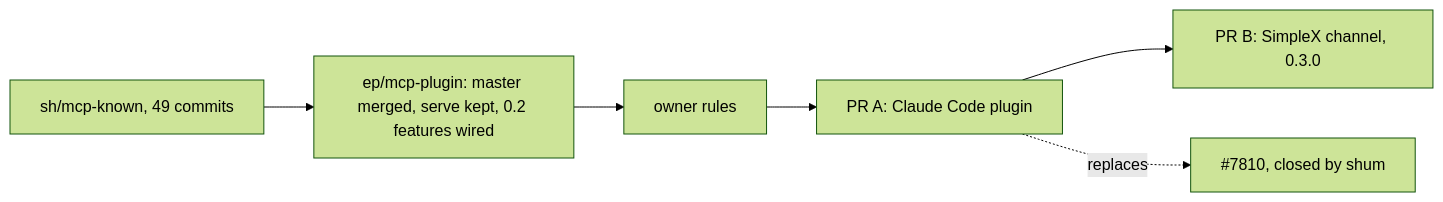
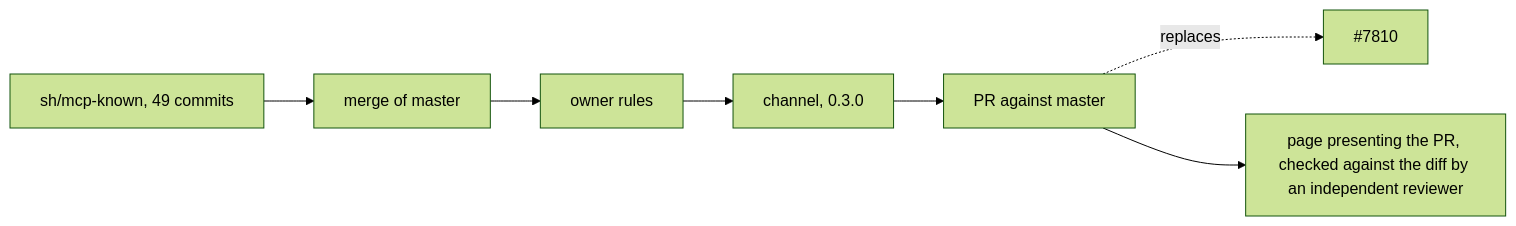
Before and after one commit to simplex-chat/simplex-chat: the fourth of 4 diagrams in plans/2026-11-07-mcp-claude-code-channel.md, drawn with Mermaid (forest theme). The commit also changed other lines of this file, not shown here.

Commit message:
docs: MCP plan, one pull request from the branch of #7810

````diff
--- a/plans/2026-11-07-mcp-claude-code-channel.md
+++ b/plans/2026-11-07-mcp-claude-code-channel.md
@@ -208,8 +210,9 @@
 ```mermaid
 flowchart LR
-  K[sh/mcp-known, 49 commits] --> M[ep/mcp-plugin: master merged, serve kept, 0.2 features wired]
+  K[sh/mcp-known, 49 commits] --> M[merge of master]
   M --> R[owner rules]
-  R --> A[PR A: Claude Code plugin]
-  A --> B[PR B: SimpleX channel, 0.3.0]
-  A -. replaces .-> X[#7810, closed by shum]
+  R --> C[channel, 0.3.0]
+  C --> P[PR against master]
+  P -. replaces .-> X[#7810]
+  P --> V[page presenting the PR, checked against the diff by an independent reviewer]
 ```
````
